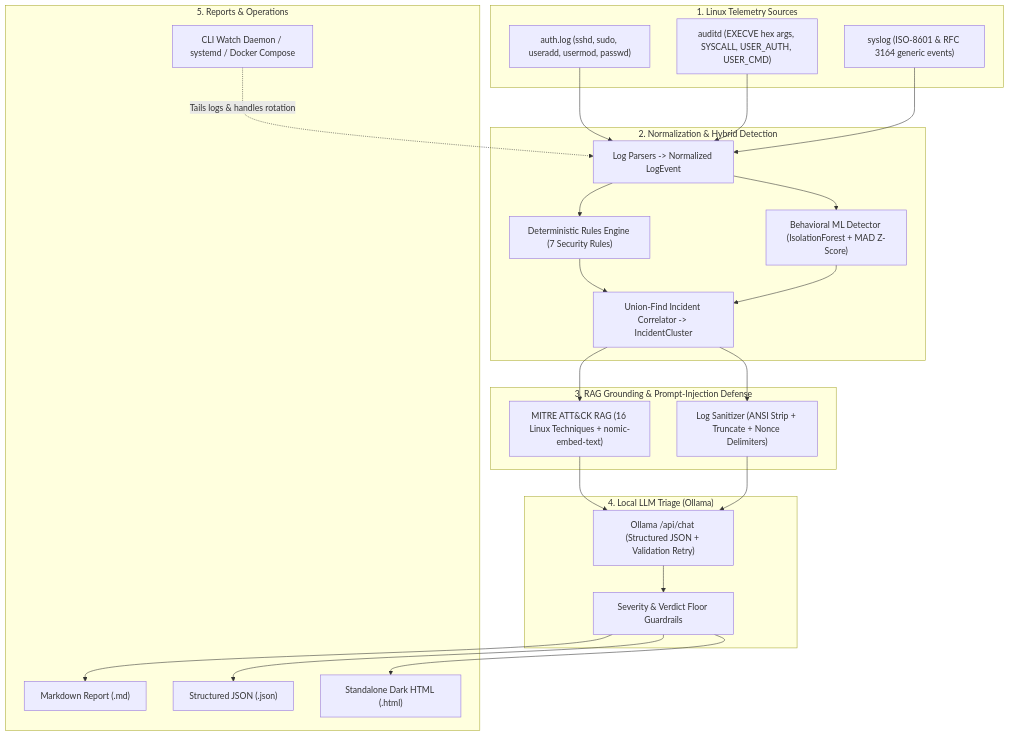
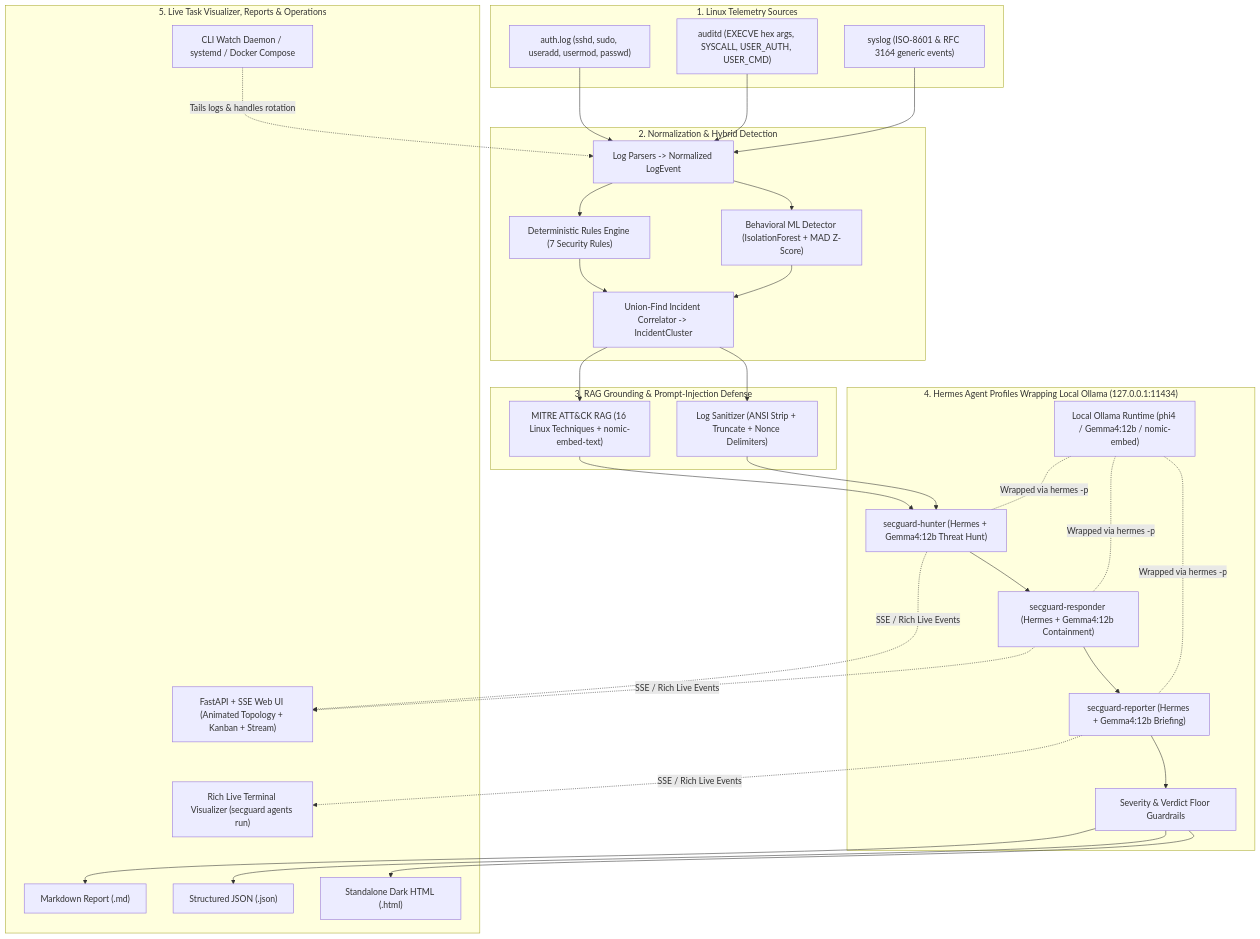
The first of 2 diagrams in README.md (MinosCodes/SecGuard), drawn with Mermaid before and after one commit. The commit also changed other lines of this file and 14 other files, not shown here.

Commit message:
Add Hermes-wrapped multi-agent pipeline and real-time SSE Web/TUI task visualizer

````diff
--- a/README.md
+++ b/README.md
@@ -26,52 +26,65 @@
 ```mermaid
 flowchart TB
     subgraph Telemetry["1. Linux Telemetry Sources"]
         AUTH["auth.log (sshd, sudo, useradd, usermod, passwd)"]
         AUDIT["auditd (EXECVE hex args, SYSCALL, USER_AUTH, USER_CMD)"]
         SYS["syslog (ISO-8601 & RFC 3164 generic events)"]
     end
 
     subgraph Normalize["2. Normalization & Hybrid Detection"]
         PARSE["Log Parsers -> Normalized LogEvent"]
         RULES["Deterministic Rules Engine (7 Security Rules)"]
         ANOM["Behavioral ML Detector (IsolationForest + MAD Z-Score)"]
         CORR["Union-Find Incident Correlator -> IncidentCluster"]
     end
 
     subgraph Grounding["3. RAG Grounding & Prompt-Injection Defense"]
         RAG["MITRE ATT&CK RAG (16 Linux Techniques + nomic-embed-text)"]
         SAN["Log Sanitizer (ANSI Strip + Truncate + Nonce Delimiters)"]
     end
 
-    subgraph Inference["4. Local LLM Triage (Ollama)"]
-        OLLAMA["Ollama /api/chat (Structured JSON + Validation Retry)"]
+    subgraph HermesAgents["4. Hermes Agent Profiles Wrapping Local Ollama (127.0.0.1:11434)"]
+        HUNTER["secguard-hunter (Hermes + Gemma4:12b Threat Hunt)"]
+        RESPONDER["secguard-responder (Hermes + Gemma4:12b Containment)"]
+        REPORTER["secguard-reporter (Hermes + Gemma4:12b Briefing)"]
+        OLLAMA["Local Ollama Runtime (phi4 / Gemma4:12b / nomic-embed)"]
         GUARD["Severity & Verdict Floor Guardrails"]
     end
 
-    subgraph Outputs["5. Reports & Operations"]
+    subgraph Outputs["5. Live Task Visualizer, Reports & Operations"]
+        WEBUI["FastAPI + SSE Web UI (Animated Topology + Kanban + Stream)"]
+        TUI["Rich Live Terminal Visualizer (secguard agents run)"]
         MD["Markdown Report (.md)"]
         JSON["Structured JSON (.json)"]
         HTML["Standalone Dark HTML (.html)"]
         OPS["CLI Watch Daemon / systemd / Docker Compose"]
     end
 
     AUTH --> PARSE
     AUDIT --> PARSE
     SYS --> PARSE
 
     PARSE --> RULES
     PARSE --> ANOM
     RULES --> CORR
     ANOM --> CORR
 
     CORR --> RAG
     CORR --> SAN
-    RAG --> OLLAMA
-    SAN --> OLLAMA
-    OLLAMA --> GUARD
+    RAG --> HUNTER
+    SAN --> HUNTER
+    HUNTER --> RESPONDER
+    RESPONDER --> REPORTER
+    OLLAMA -. "Wrapped via hermes -p <profile>" .- HUNTER
+    OLLAMA -. "Wrapped via hermes -p <profile>" .- RESPONDER
+    OLLAMA -. "Wrapped via hermes -p <profile>" .- REPORTER
+    REPORTER --> GUARD
 
     GUARD --> MD
     GUARD --> JSON
     GUARD --> HTML
+    HUNTER -. "SSE / Rich Live Events" .-> WEBUI
+    RESPONDER -. "SSE / Rich Live Events" .-> WEBUI
+    REPORTER -. "SSE / Rich Live Events" .-> TUI
     OPS -. "Tails logs & handles rotation" .-> PARSE
 ```
````
